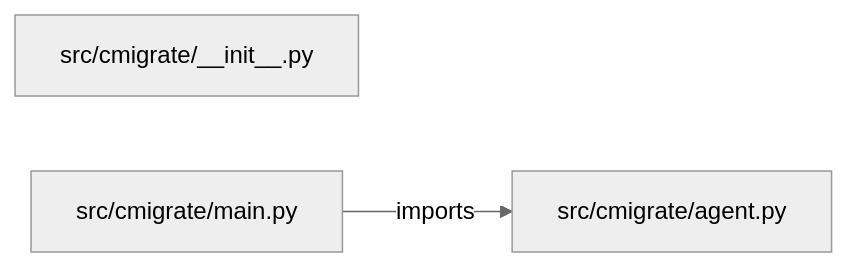
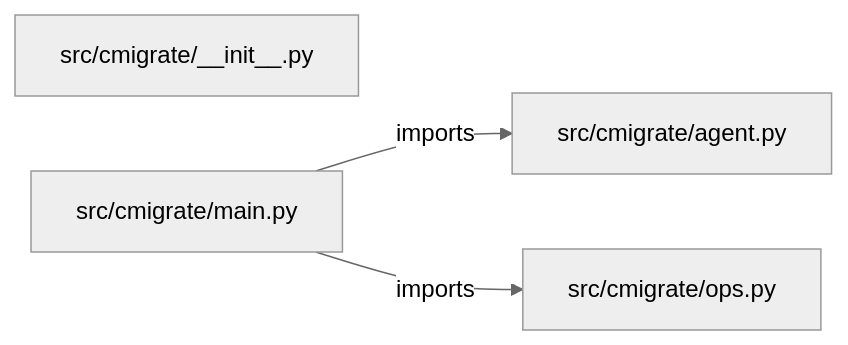
The diagram in PROJECT_ARCHITECTURE.md (iarsingh/customer-migration-assistant), drawn with Mermaid (neutral theme) before and after one commit. The commit also changed other lines of this file and 2 other files, not shown here.

Commit message:
Refresh architecture and interview guides from current implementation

````diff
--- a/PROJECT_ARCHITECTURE.md
+++ b/PROJECT_ARCHITECTURE.md
@@ -13,7 +13,9 @@
 ```mermaid
 flowchart LR
     M0["src/cmigrate/__init__.py"]
     M1["src/cmigrate/agent.py"]
     M2["src/cmigrate/main.py"]
+    M3["src/cmigrate/ops.py"]
     M2 -->|imports| M1
+    M2 -->|imports| M3
 ```
````
